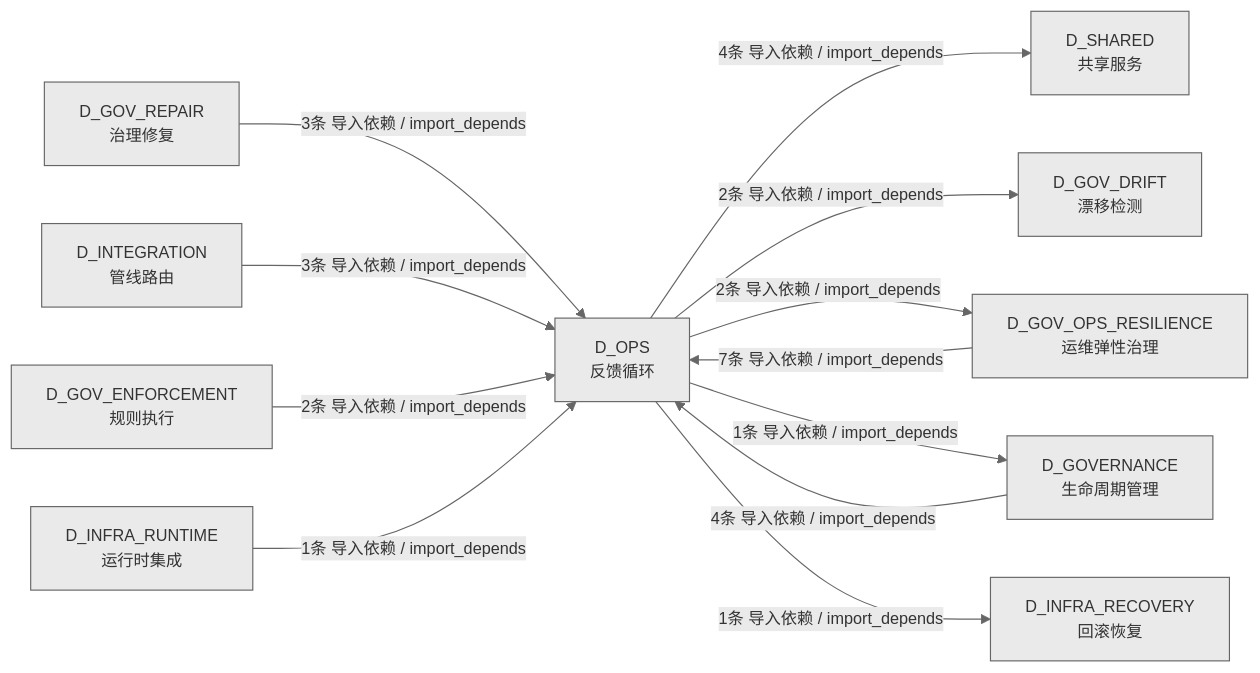
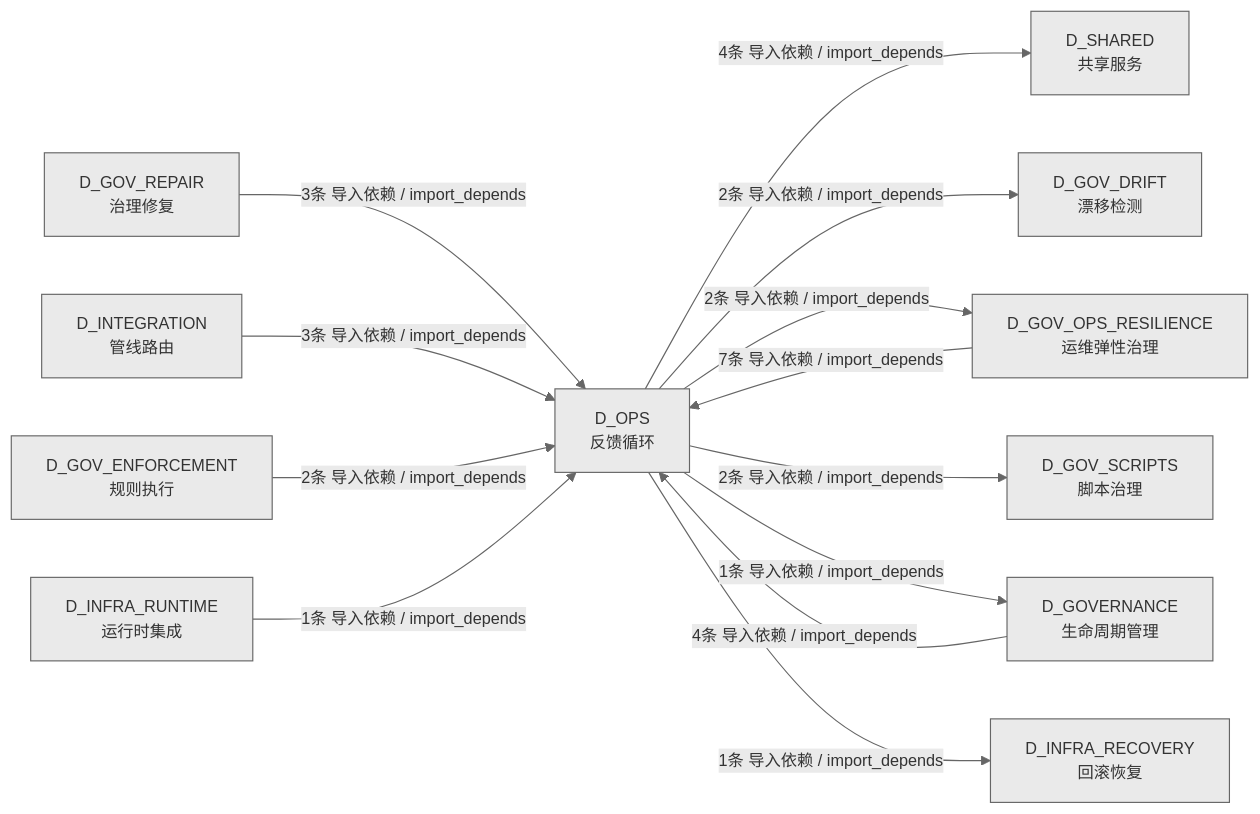
One commit to xuanFelixVan/ZephyrAlpha changed the third of 3 diagrams in docs/02_enterprise_architecture/02_domain_architecture_docs/24_d_ops.md. Above: the diagram before and after it, drawn with Mermaid. The commit also changed other lines of this file and 42 other files, not shown here.

````diff
--- a/docs/02_enterprise_architecture/02_domain_architecture_docs/24_d_ops.md
+++ b/docs/02_enterprise_architecture/02_domain_architecture_docs/24_d_ops.md
@@ -259,25 +267,27 @@
 ```mermaid
 %%{init: {'theme': 'base', 'themeVariables': {'primaryColor': '#eaeaea', 'primaryTextColor': '#333333', 'primaryBorderColor': '#666666', 'lineColor': '#666666', 'secondaryColor': '#eaeaea', 'tertiaryColor': '#eaeaea', 'fontSize': '14px'}}}%%
 graph LR
     D_OPS["D_OPS<br/>反馈循环"]
     D_SHARED["D_SHARED<br/>共享服务"]
     D_GOV_DRIFT["D_GOV_DRIFT<br/>漂移检测"]
     D_GOV_OPS_RESILIENCE["D_GOV_OPS_RESILIENCE<br/>运维弹性治理"]
+    D_GOV_SCRIPTS["D_GOV_SCRIPTS<br/>脚本治理"]
     D_GOVERNANCE["D_GOVERNANCE<br/>生命周期管理"]
     D_INFRA_RECOVERY["D_INFRA_RECOVERY<br/>回滚恢复"]
     D_GOV_REPAIR["D_GOV_REPAIR<br/>治理修复"]
     D_INTEGRATION["D_INTEGRATION<br/>管线路由"]
     D_GOV_ENFORCEMENT["D_GOV_ENFORCEMENT<br/>规则执行"]
     D_INFRA_RUNTIME["D_INFRA_RUNTIME<br/>运行时集成"]
     D_OPS -->|4条 导入依赖 / import_depends| D_SHARED
     D_OPS -->|2条 导入依赖 / import_depends| D_GOV_DRIFT
     D_OPS -->|2条 导入依赖 / import_depends| D_GOV_OPS_RESILIENCE
+    D_OPS -->|2条 导入依赖 / import_depends| D_GOV_SCRIPTS
     D_OPS -->|1条 导入依赖 / import_depends| D_GOVERNANCE
     D_OPS -->|1条 导入依赖 / import_depends| D_INFRA_RECOVERY
     D_GOV_OPS_RESILIENCE -->|7条 导入依赖 / import_depends| D_OPS
     D_GOVERNANCE -->|4条 导入依赖 / import_depends| D_OPS
     D_GOV_REPAIR -->|3条 导入依赖 / import_depends| D_OPS
     D_INTEGRATION -->|3条 导入依赖 / import_depends| D_OPS
     D_GOV_ENFORCEMENT -->|2条 导入依赖 / import_depends| D_OPS
     D_INFRA_RUNTIME -->|1条 导入依赖 / import_depends| D_OPS
 ```
````
